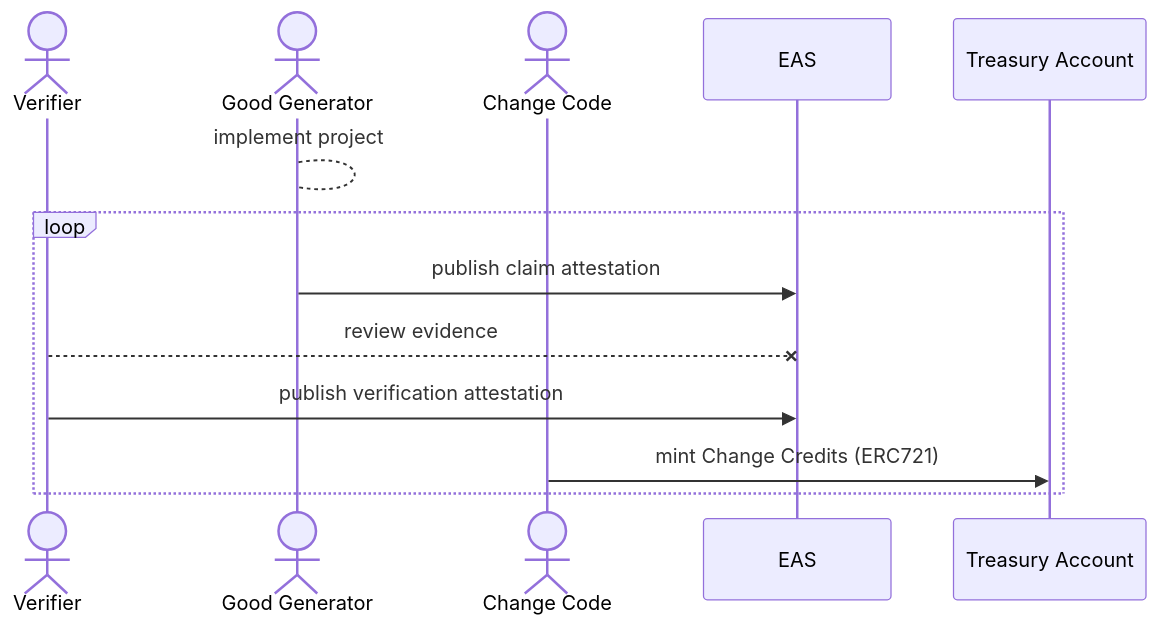
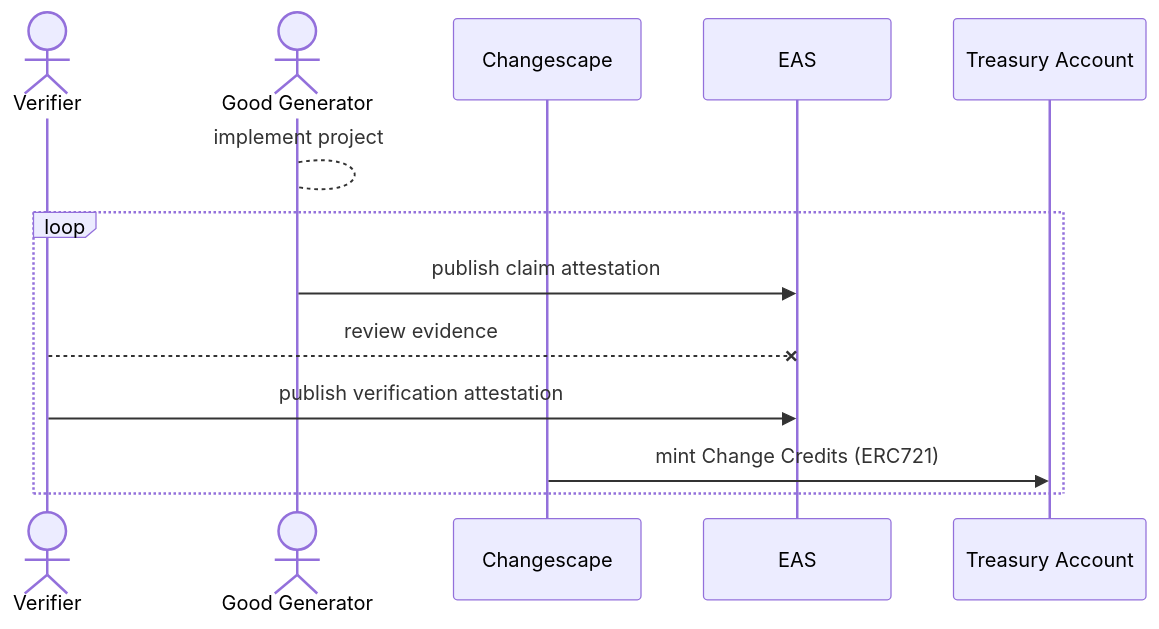
The diagram in change-credits/verification.md (change-code-io/docs), drawn with Mermaid before and after one commit. The commit also changed other lines of this file and 4 other files, not shown here.

Commit message:
clean-up of previous sections to better align with money minting flow

````diff
--- a/change-credits/verification.md
+++ b/change-credits/verification.md
@@ -16,15 +16,15 @@
 ```mermaid
 sequenceDiagram
     actor Verifier
     actor Good Generator
-    actor Change Code
+    participant Changescape
     participant EAS
     participant Treasury Account
     Good Generator-->Good Generator: implement project
     loop
         Good Generator->>EAS: publish claim attestation
         Verifier--xEAS: review evidence
         Verifier->>EAS: publish verification attestation
-        Change Code->>Treasury Account: mint Change Credits (ERC721)
+        Changescape->>Treasury Account: mint Change Credits (ERC721)
     end
 ```
````
